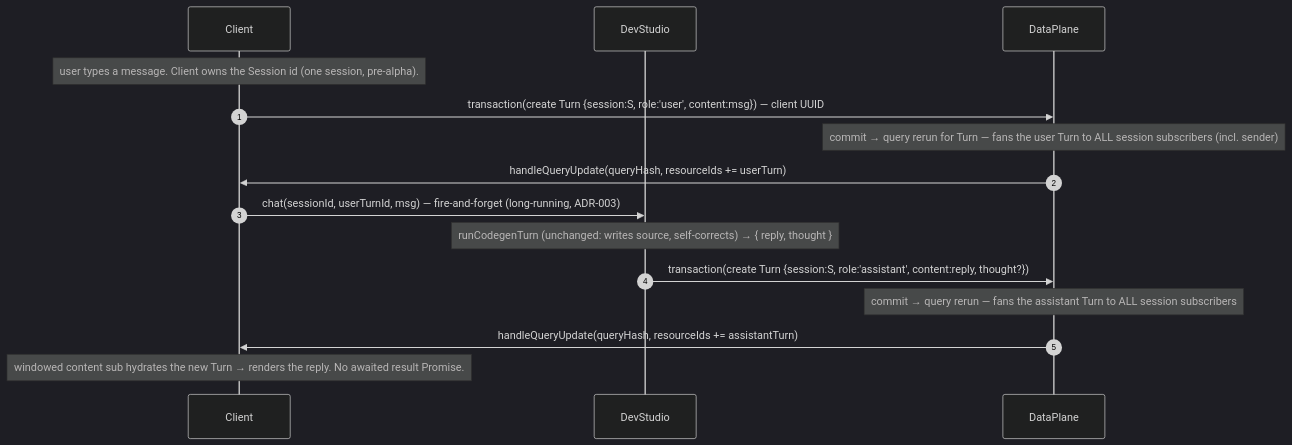
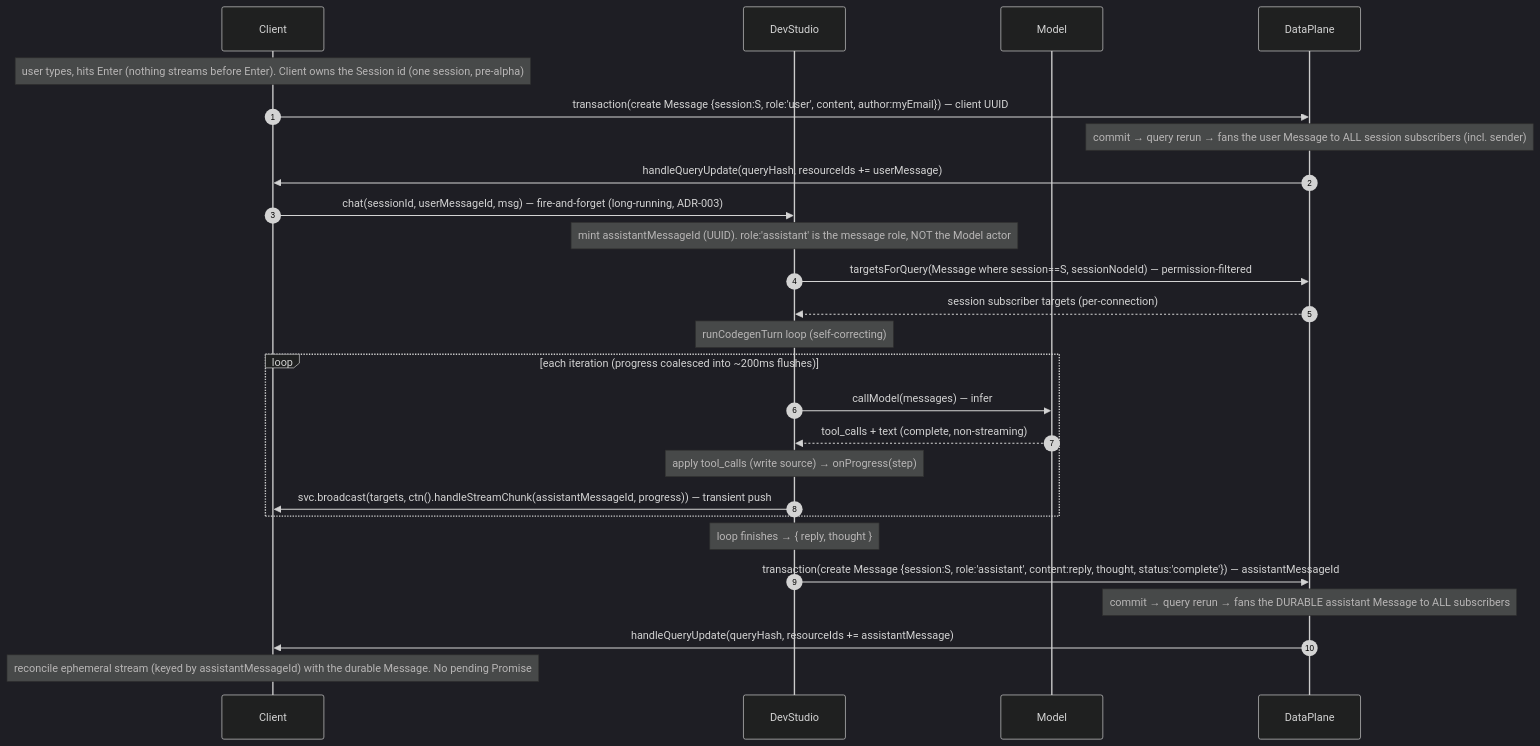
Before and after one commit to lumenize/lumenize: the first of 3 diagrams in tasks/nebula-reactive-ai-chat.md, drawn with Mermaid (dark theme). The commit also changed other lines of this file and 7 other files, not shown here.

First line of the commit message:
docs(pre-alpha): Child 3 chat design reviewed + targetsForQuery accessor

````diff
--- a/tasks/nebula-reactive-ai-chat.md
+++ b/tasks/nebula-reactive-ai-chat.md
@@ -46,18 +51,29 @@
 ```mermaid
 sequenceDiagram
     autonumber
     participant Client
     participant DevStudio
+    participant Model
     participant DataPlane
 
-    Note over Client: user types a message. Client owns the Session id (one session, pre-alpha).
-    Client->>DataPlane: transaction(create Turn {session:S, role:'user', content:msg}) — client UUID
-    Note over DataPlane: commit → query rerun for Turn — fans the user Turn to ALL session subscribers (incl. sender)
-    DataPlane->>Client: handleQueryUpdate(queryHash, resourceIds += userTurn)
-    Client->>DevStudio: chat(sessionId, userTurnId, msg) — fire-and-forget (long-running, ADR-003)
-    Note over DevStudio: runCodegenTurn (unchanged: writes source, self-corrects) → { reply, thought }
-    DevStudio->>DataPlane: transaction(create Turn {session:S, role:'assistant', content:reply, thought?})
-    Note over DataPlane: commit → query rerun — fans the assistant Turn to ALL session subscribers
-    DataPlane->>Client: handleQueryUpdate(queryHash, resourceIds += assistantTurn)
-    Note over Client: windowed content sub hydrates the new Turn → renders the reply. No awaited result Promise.
+    Note over Client: user types, hits Enter (nothing streams before Enter). Client owns the Session id (one session, pre-alpha)
+    Client->>DataPlane: transaction(create Message {session:S, role:'user', content, author:myEmail}) — client UUID
+    Note over DataPlane: commit → query rerun → fans the user Message to ALL session subscribers (incl. sender)
+    DataPlane->>Client: handleQueryUpdate(queryHash, resourceIds += userMessage)
+    Client->>DevStudio: chat(sessionId, userMessageId, msg) — fire-and-forget (long-running, ADR-003)
+    Note over DevStudio: mint assistantMessageId (UUID). role:'assistant' is the message role, NOT the Model actor
+    DevStudio->>DataPlane: targetsForQuery(Message where session==S, sessionNodeId) — permission-filtered
+    DataPlane-->>DevStudio: session subscriber targets (per-connection)
+    Note over DevStudio: runCodegenTurn loop (self-correcting)
+    loop each iteration (progress coalesced into ~200ms flushes)
+        DevStudio->>Model: callModel(messages) — infer
+        Model-->>DevStudio: tool_calls + text (complete, non-streaming)
+        Note over DevStudio: apply tool_calls (write source) → onProgress(step)
+        DevStudio->>Client: svc.broadcast(targets, ctn().handleStreamChunk(assistantMessageId, progress)) — transient push
+    end
+    Note over DevStudio: loop finishes → { reply, thought }
+    DevStudio->>DataPlane: transaction(create Message {session:S, role:'assistant', content:reply, thought, status:'complete'}) — assistantMessageId
+    Note over DataPlane: commit → query rerun → fans the DURABLE assistant Message to ALL subscribers
+    DataPlane->>Client: handleQueryUpdate(queryHash, resourceIds += assistantMessage)
+    Note over Client: reconcile ephemeral stream (keyed by assistantMessageId) with the durable Message. No pending Promise
 ```
````
